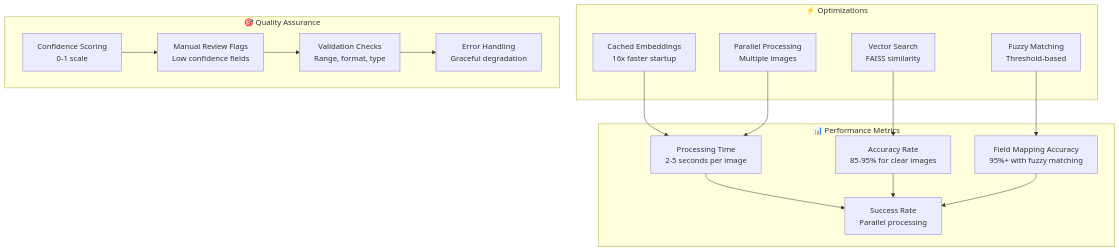
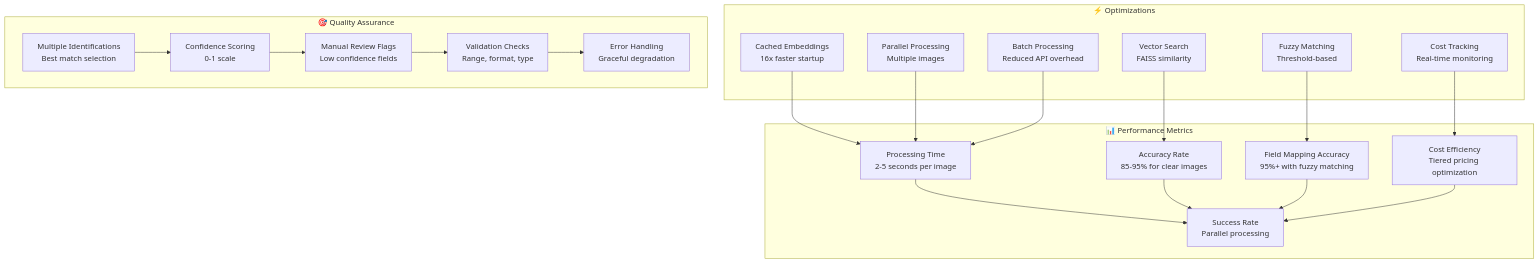
One commit to adarshhegde/ai-prefill-service changed the tenth of 11 diagrams in architecture_diagram.md. Above: the diagram before and after it, drawn with Mermaid. The commit also changed other lines of this file and 1 other file, not shown here.

Commit message:
updated readme and diagram

````diff
--- a/architecture_diagram.md
+++ b/architecture_diagram.md
@@ -333,36 +471,44 @@
 ```mermaid
 graph TB
     subgraph "📊 Performance Metrics"
         PROCESSING_TIME[Processing Time<br/>2-5 seconds per image]
         ACCURACY_RATE[Accuracy Rate<br/>85-95% for clear images]
         FIELD_MAPPING[Field Mapping Accuracy<br/>95%+ with fuzzy matching]
         SUCCESS_RATE[Success Rate<br/>Parallel processing]
+        COST_EFFICIENCY[Cost Efficiency<br/>Tiered pricing optimization]
     end
 
     subgraph "⚡ Optimizations"
         CACHE_EMBEDDINGS[Cached Embeddings<br/>16x faster startup]
         PARALLEL_PROCESSING[Parallel Processing<br/>Multiple images]
         VECTOR_SEARCH[Vector Search<br/>FAISS similarity]
         FUZZY_MATCHING[Fuzzy Matching<br/>Threshold-based]
+        BATCH_PROCESSING[Batch Processing<br/>Reduced API overhead]
+        COST_TRACKING[Cost Tracking<br/>Real-time monitoring]
     end
 
     subgraph "🎯 Quality Assurance"
         CONFIDENCE_SCORING[Confidence Scoring<br/>0-1 scale]
         MANUAL_REVIEW[Manual Review Flags<br/>Low confidence fields]
         VALIDATION_CHECKS[Validation Checks<br/>Range, format, type]
         ERROR_HANDLING[Error Handling<br/>Graceful degradation]
+        MULTIPLE_ID[Multiple Identifications<br/>Best match selection]
     end
 
     CACHE_EMBEDDINGS --> PROCESSING_TIME
     PARALLEL_PROCESSING --> PROCESSING_TIME
+    BATCH_PROCESSING --> PROCESSING_TIME
     VECTOR_SEARCH --> ACCURACY_RATE
     FUZZY_MATCHING --> FIELD_MAPPING
+    COST_TRACKING --> COST_EFFICIENCY
     
     CONFIDENCE_SCORING --> MANUAL_REVIEW
     MANUAL_REVIEW --> VALIDATION_CHECKS
     VALIDATION_CHECKS --> ERROR_HANDLING
+    MULTIPLE_ID --> CONFIDENCE_SCORING
     
     PROCESSING_TIME --> SUCCESS_RATE
     ACCURACY_RATE --> SUCCESS_RATE
     FIELD_MAPPING --> SUCCESS_RATE
+    COST_EFFICIENCY --> SUCCESS_RATE
 ```
````
